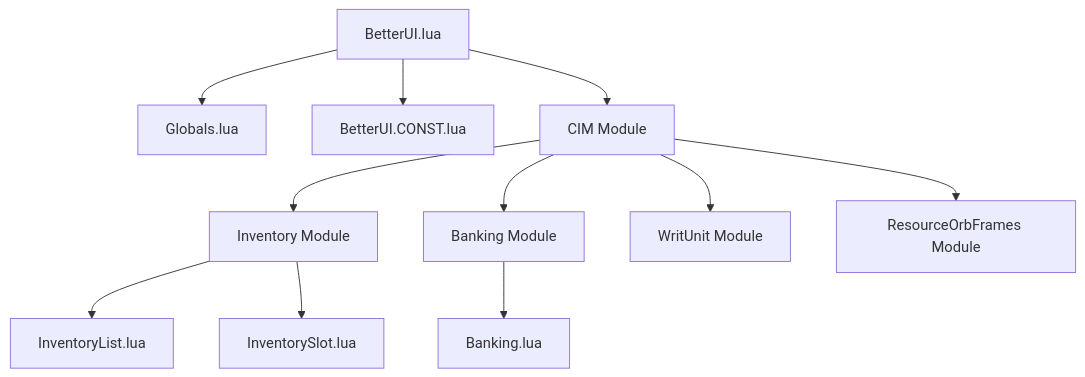
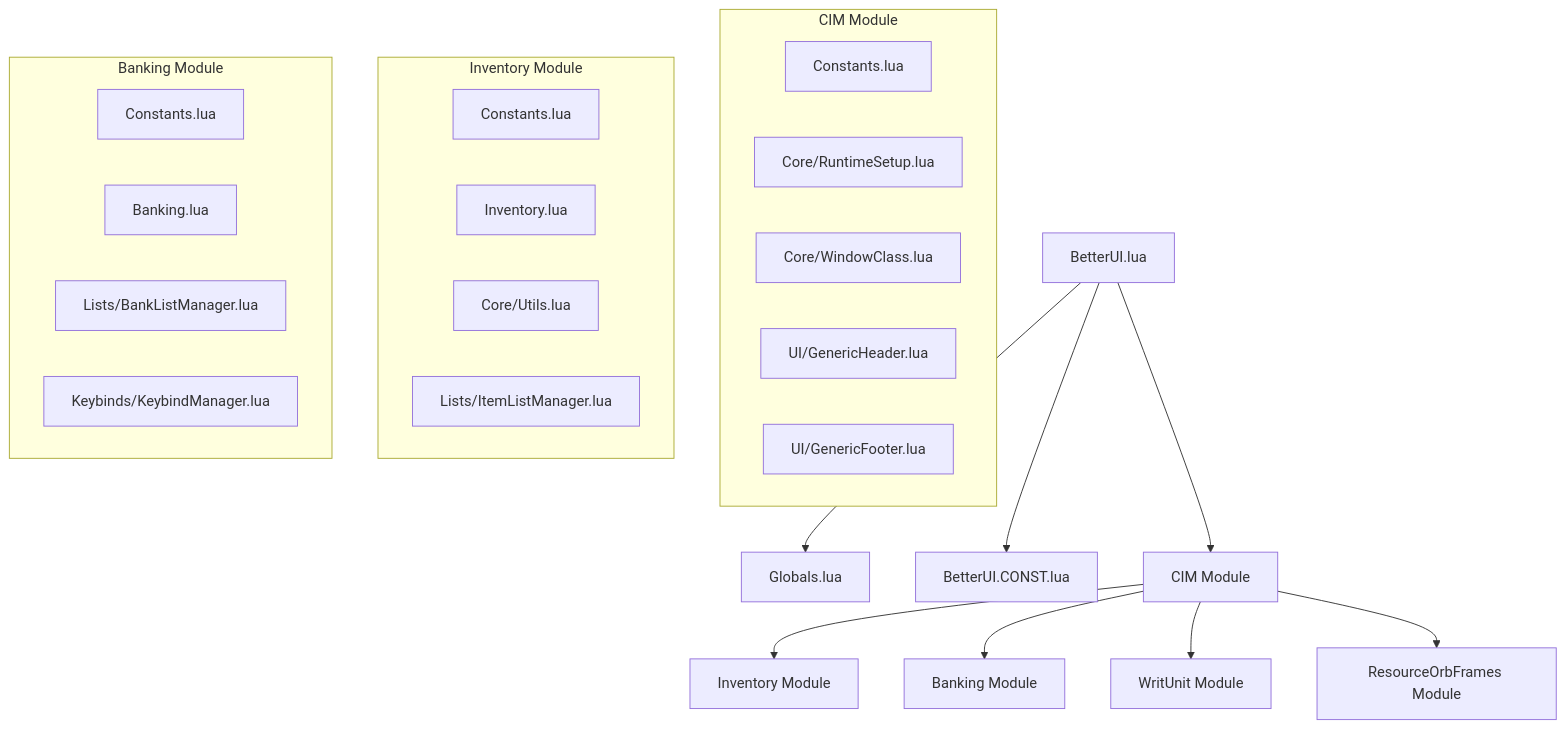
One commit to goobsnake/BetterUI changed the first of 3 diagrams in docs/ARCHITECTURE.md. Above: the diagram before and after it, drawn with Mermaid. The commit also changed other lines of this file, not shown here.

First line of the commit message:
docs: comprehensive update to ARCHITECTURE.md

````diff
--- a/docs/ARCHITECTURE.md
+++ b/docs/ARCHITECTURE.md
@@ -271,13 +412,32 @@
 ```mermaid
 graph TD
     A[BetterUI.lua] --> B[Globals.lua]
     A --> C[BetterUI.CONST.lua]
     A --> D[CIM Module]
     D --> E[Inventory Module]
     D --> F[Banking Module]
     D --> G[WritUnit Module]
     D --> L[ResourceOrbFrames Module]
-    E --> I[InventoryList.lua]
-    E --> J[InventorySlot.lua]
-    F --> K[Banking.lua]
+    
+    subgraph CIM[CIM Module]
+        D1[Constants.lua]
+        D2[Core/RuntimeSetup.lua]
+        D3[Core/WindowClass.lua]
+        D4[UI/GenericHeader.lua]
+        D5[UI/GenericFooter.lua]
+    end
+    
+    subgraph Inventory[Inventory Module]
+        E1[Constants.lua]
+        E2[Inventory.lua]
+        E3[Core/Utils.lua]
+        E4[Lists/ItemListManager.lua]
+    end
+    
+    subgraph Banking[Banking Module]
+        F1[Constants.lua]
+        F2[Banking.lua]
+        F3[Lists/BankListManager.lua]
+        F4[Keybinds/KeybindManager.lua]
+    end
 ```
````
